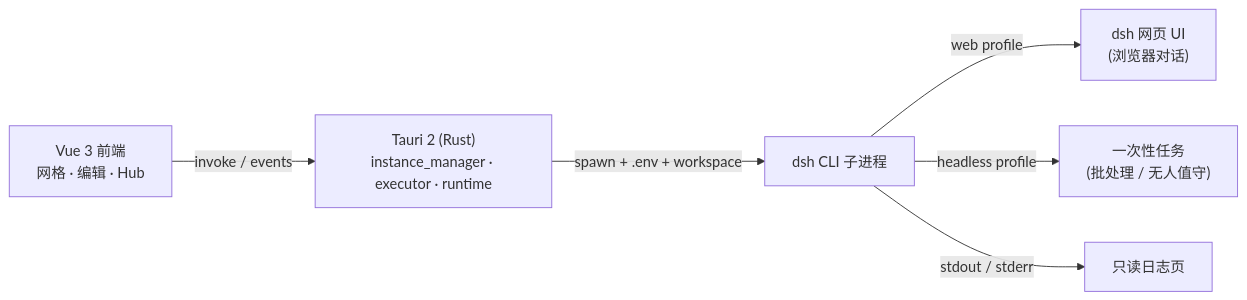
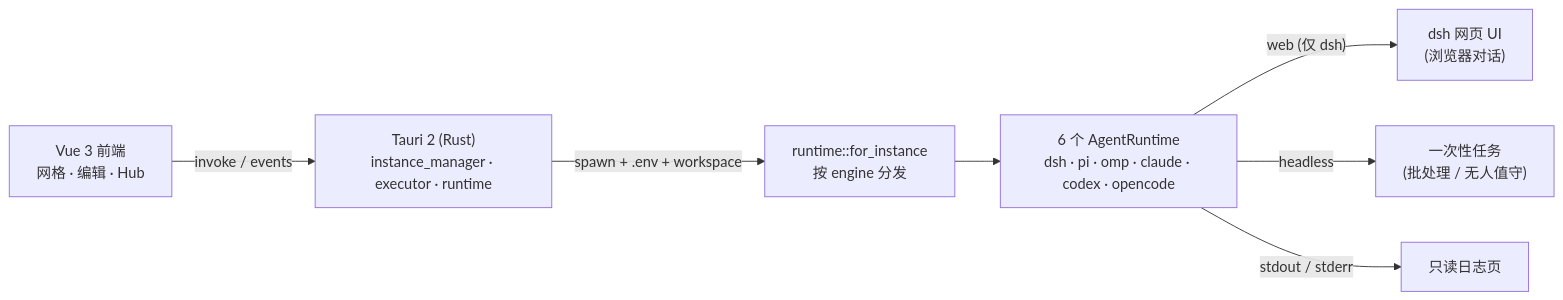
The diagram in README_zh.md (lildengzi/agentLauncher), drawn with Mermaid before and after one commit. The commit also changed other lines of this file and 71 other files, not shown here.

````diff
--- a/README_zh.md
+++ b/README_zh.md
@@ -82,8 +88,9 @@
 ```mermaid
 flowchart LR
   UI["Vue 3 前端<br/>网格 · 编辑 · Hub"] -- invoke / events --> Core["Tauri 2 (Rust)<br/>instance_manager · executor · runtime"]
-  Core -- "spawn + .env + workspace" --> DSH["dsh CLI 子进程"]
-  DSH -- "web profile" --> Web["dsh 网页 UI<br/>(浏览器对话)"]
-  DSH -- "headless profile" --> Task["一次性任务<br/>(批处理 / 无人值守)"]
-  DSH -- "stdout / stderr" --> Log["只读日志页"]
+  Core -- "spawn + .env + workspace" --> RT["runtime::for_instance<br/>按 engine 分发"]
+  RT --> R6["6 个 AgentRuntime<br/>dsh · pi · omp · claude · codex · opencode"]
+  R6 -- "web (仅 dsh)" --> Web["dsh 网页 UI<br/>(浏览器对话)"]
+  R6 -- headless --> Task["一次性任务<br/>(批处理 / 无人值守)"]
+  R6 -- "stdout / stderr" --> Log["只读日志页"]
 ```
````
